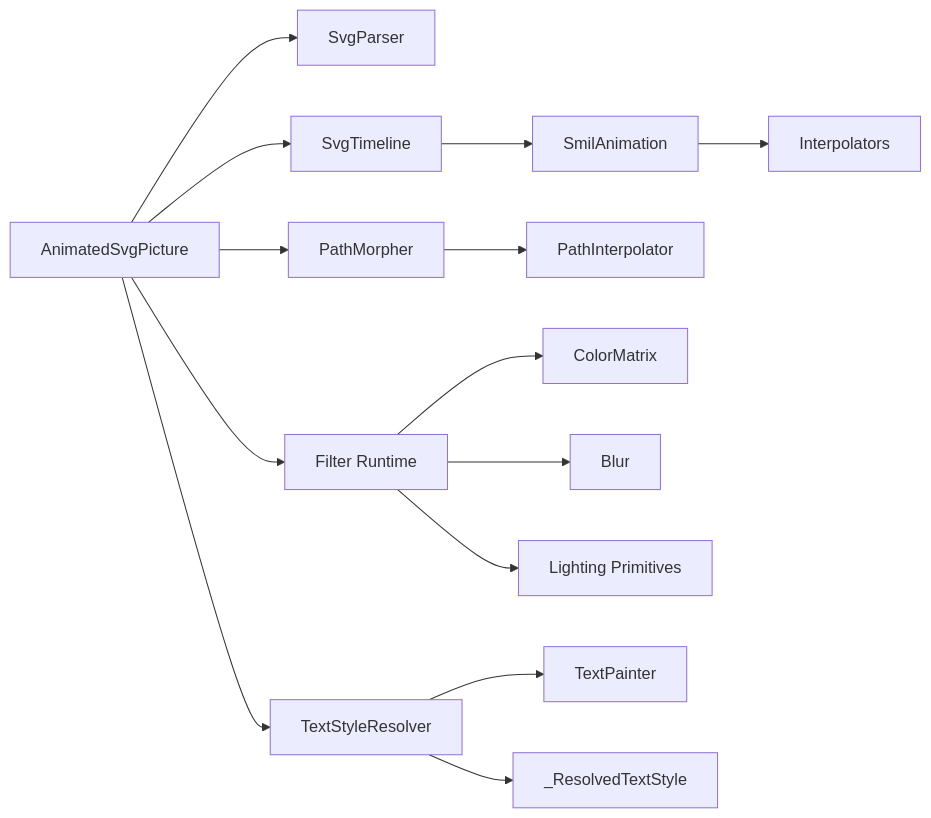
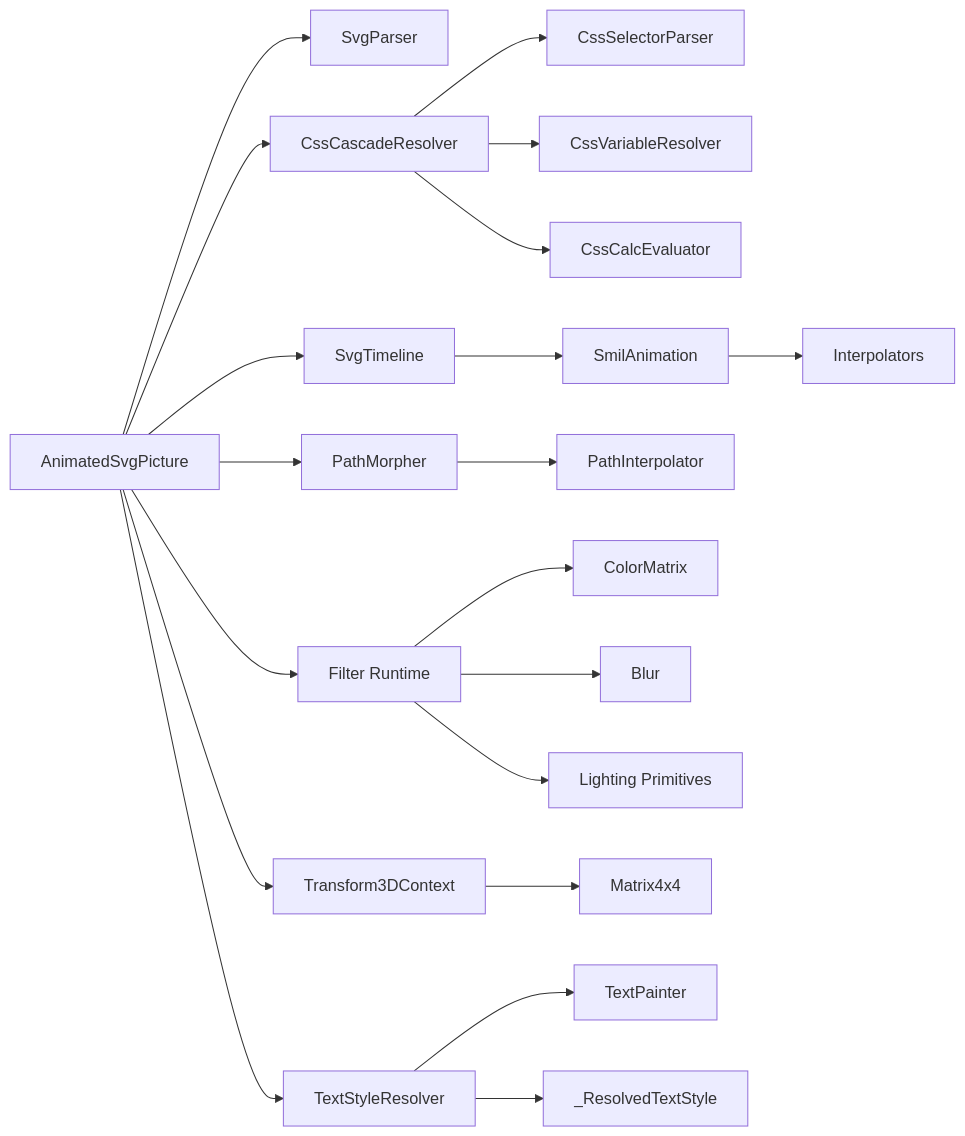
One commit to denisnadey/flutter_full_svg_support changed diagram 15 of 15 in .qoder/repowiki/en/content/Animated SVG Support/Advanced Animation Features/Advanced Animation Features.md. Above: the diagram before and after it, drawn with Mermaid. The commit also changed other lines of this file and 39 other files, not shown here.

First line of the commit message:
feat(animation): add advanced CSS processing and 3D transform support

````diff
--- a/.qoder/repowiki/en/content/Animated SVG Support/Advanced Animation Features/Advanced Animation Features.md
+++ b/.qoder/repowiki/en/content/Animated SVG Support/Advanced Animation Features/Advanced Animation Features.md
@@ -549,16 +892,22 @@
 ```mermaid
 graph LR
 Picture["AnimatedSvgPicture"] --> Parser["SvgParser"]
 Picture --> Timeline["SvgTimeline"]
+Picture --> CssCascade["CssCascadeResolver"]
+CssCascade --> CssSelectors["CssSelectorParser"]
+CssCascade --> CssVars["CssVariableResolver"]
+CssCascade --> CssCalc["CssCalcEvaluator"]
 Timeline --> Anim["SmilAnimation"]
 Anim --> Interp["Interpolators"]
 Picture --> Morph["PathMorpher"]
 Morph --> InterpPath["PathInterpolator"]
 Picture --> Filters["Filter Runtime"]
 Filters --> CM["ColorMatrix"]
 Filters --> Blur["Blur"]
 Filters --> Light["Lighting Primitives"]
+Picture --> Transform3D["Transform3DContext"]
+Transform3D --> Matrix4x4["Matrix4x4"]
 Picture --> TextStyle["TextStyleResolver"]
 TextStyle --> TextPaint["TextPainter"]
 TextStyle --> ResolvedStyle["_ResolvedTextStyle"]
 ```
````
